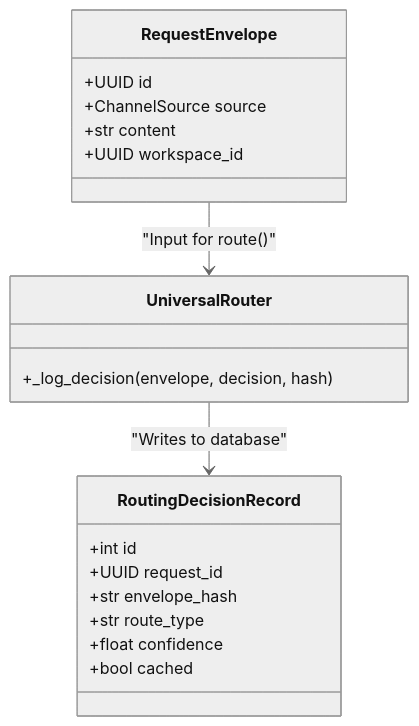
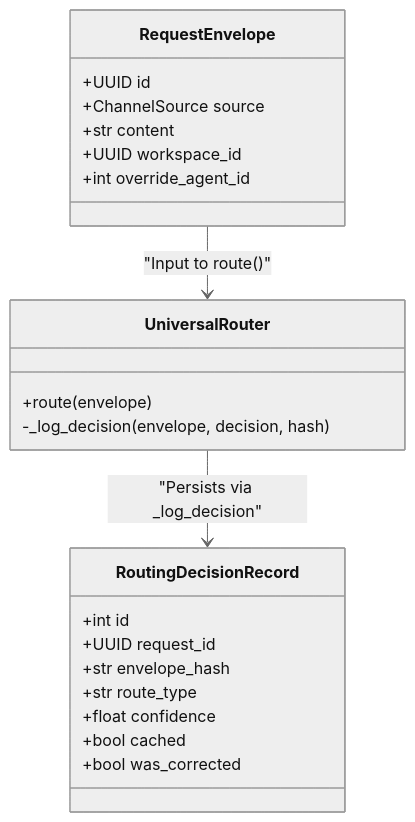
One commit to AutomatosAI/automatos-ai changed the second of 2 diagrams in docs/universal-router/tier-2-rule-based-routing.md. Above: the diagram before and after it, drawn with Mermaid (neutral theme). The commit also changed other lines of this file and 153 other files, not shown here.

````diff
--- a/docs/universal-router/tier-2-rule-based-routing.md
+++ b/docs/universal-router/tier-2-rule-based-routing.md
@@ -169,22 +137,25 @@
 ```mermaid
 classDiagram
     class RequestEnvelope {
         +UUID id
         +ChannelSource source
         +str content
         +UUID workspace_id
+        +int override_agent_id
     }
     class RoutingDecisionRecord {
         +int id
         +UUID request_id
         +str envelope_hash
         +str route_type
         +float confidence
         +bool cached
+        +bool was_corrected
     }
     class UniversalRouter {
-        +_log_decision(envelope, decision, hash)
+        +route(envelope)
+        -_log_decision(envelope, decision, hash)
     }
-    UniversalRouter --> RoutingDecisionRecord : "Writes to database"
-    RequestEnvelope --> UniversalRouter : "Input for route()"
+    UniversalRouter --> RoutingDecisionRecord : "Persists via _log_decision"
+    RequestEnvelope --> UniversalRouter : "Input to route()"
 ```
````
